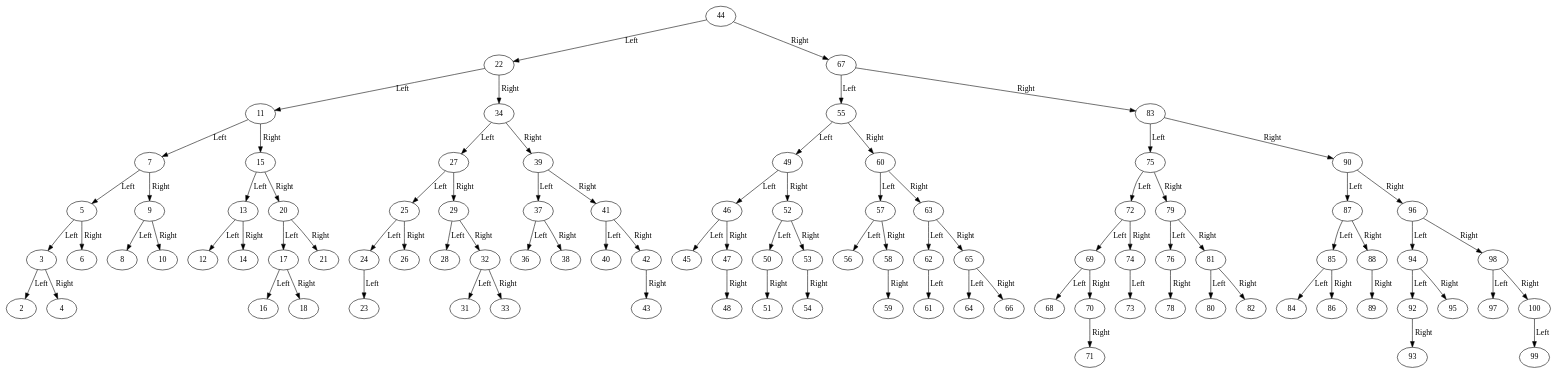
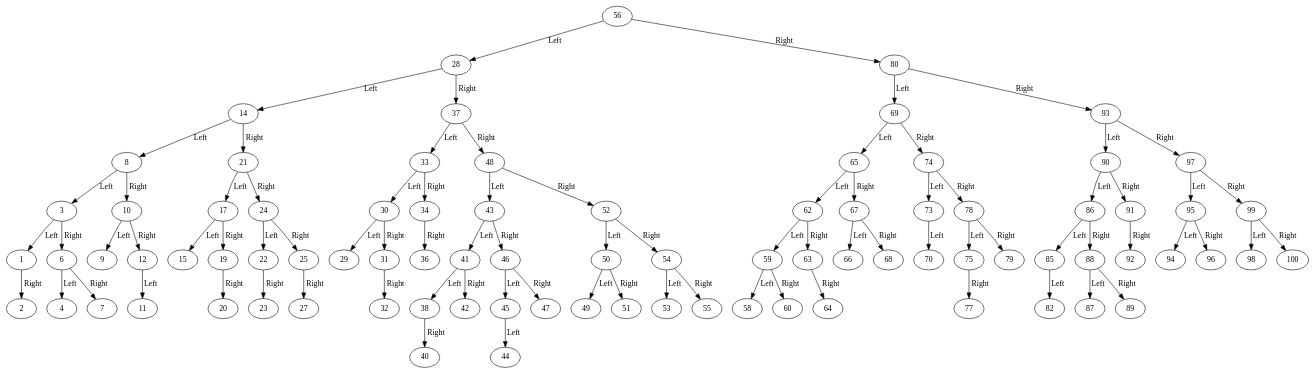
One commit to stephgrotewold/Parcial2ED changed the diagram in AVL-TREE.gv. Above: the diagram before and after it, drawn with Graphviz. The commit also changed 3 other files, not shown here.

```diff
--- a/AVL-TREE.gv
+++ b/AVL-TREE.gv
@@ -1,190 +1,172 @@
 // AVL Tree
 digraph {
-	44 [label=44]
-	44 -> 22 [label=Left]
+	56 [label=56]
+	56 -> 28 [label=Left]
+	28 [label=28]
+	28 -> 14 [label=Left]
+	14 [label=14]
+	14 -> 8 [label=Left]
+	8 [label=8]
+	8 -> 3 [label=Left]
+	3 [label=3]
+	3 -> 1 [label=Left]
+	1 [label=1]
+	1 -> 2 [label=Right]
+	2 [label=2]
+	3 -> 6 [label=Right]
+	6 [label=6]
+	6 -> 4 [label=Left]
+	4 [label=4]
+	6 -> 7 [label=Right]
+	7 [label=7]
+	8 -> 10 [label=Right]
+	10 [label=10]
+	10 -> 9 [label=Left]
+	9 [label=9]
+	10 -> 12 [label=Right]
+	12 [label=12]
+	12 -> 11 [label=Left]
+	11 [label=11]
+	14 -> 21 [label=Right]
+	21 [label=21]
+	21 -> 17 [label=Left]
+	17 [label=17]
+	17 -> 15 [label=Left]
+	15 [label=15]
+	17 -> 19 [label=Right]
+	19 [label=19]
+	19 -> 20 [label=Right]
+	20 [label=20]
+	21 -> 24 [label=Right]
+	24 [label=24]
+	24 -> 22 [label=Left]
 	22 [label=22]
-	22 -> 11 [label=Left]
-	11 [label=11]
-	11 -> 7 [label=Left]
-	7 [label=7]
-	7 -> 5 [label=Left]
-	5 [label=5]
-	5 -> 3 [label=Left]
-	3 [label=3]
-	3 -> 2 [label=Left]
-	2 [label=2]
-	3 -> 4 [label=Right]
-	4 [label=4]
-	5 -> 6 [label=Right]
-	6 [label=6]
-	7 -> 9 [label=Right]
-	9 [label=9]
-	9 -> 8 [label=Left]
-	8 [label=8]
-	9 -> 10 [label=Right]
-	10 [label=10]
-	11 -> 15 [label=Right]
-	15 [label=15]
-	15 -> 13 [label=Left]
-	13 [label=13]
-	13 -> 12 [label=Left]
-	12 [label=12]
-	13 -> 14 [label=Right]
-	14 [label=14]
-	15 -> 20 [label=Right]
-	20 [label=20]
-	20 -> 17 [label=Left]
-	17 [label=17]
-	17 -> 16 [label=Left]
-	16 [label=16]
-	17 -> 18 [label=Right]
-	18 [label=18]
-	20 -> 21 [label=Right]
-	21 [label=21]
-	22 -> 34 [label=Right]
+	22 -> 23 [label=Right]
+	23 [label=23]
+	24 -> 25 [label=Right]
+	25 [label=25]
+	25 -> 27 [label=Right]
+	27 [label=27]
+	28 -> 37 [label=Right]
+	37 [label=37]
+	37 -> 33 [label=Left]
+	33 [label=33]
+	33 -> 30 [label=Left]
+	30 [label=30]
+	30 -> 29 [label=Left]
+	29 [label=29]
+	30 -> 31 [label=Right]
+	31 [label=31]
+	31 -> 32 [label=Right]
+	32 [label=32]
+	33 -> 34 [label=Right]
 	34 [label=34]
-	34 -> 27 [label=Left]
-	27 [label=27]
-	27 -> 25 [label=Left]
-	25 [label=25]
-	25 -> 24 [label=Left]
-	24 [label=24]
-	24 -> 23 [label=Left]
-	23 [label=23]
-	25 -> 26 [label=Right]
-	26 [label=26]
-	27 -> 29 [label=Right]
-	29 [label=29]
-	29 -> 28 [label=Left]
-	28 [label=28]
-	29 -> 32 [label=Right]
-	32 [label=32]
-	32 -> 31 [label=Left]
-	31 [label=31]
-	32 -> 33 [label=Right]
-	33 [label=33]
-	34 -> 39 [label=Right]
-	39 [label=39]
-	39 -> 37 [label=Left]
-	37 [label=37]
-	37 -> 36 [label=Left]
+	34 -> 36 [label=Right]
 	36 [label=36]
-	37 -> 38 [label=Right]
+	37 -> 48 [label=Right]
+	48 [label=48]
+	48 -> 43 [label=Left]
+	43 [label=43]
+	43 -> 41 [label=Left]
+	41 [label=41]
+	41 -> 38 [label=Left]
 	38 [label=38]
-	39 -> 41 [label=Right]
-	41 [label=41]
-	41 -> 40 [label=Left]
+	38 -> 40 [label=Right]
 	40 [label=40]
 	41 -> 42 [label=Right]
 	42 [label=42]
-	42 -> 43 [label=Right]
-	43 [label=43]
-	44 -> 67 [label=Right]
-	67 [label=67]
-	67 -> 55 [label=Left]
-	55 [label=55]
-	55 -> 49 [label=Left]
-	49 [label=49]
-	49 -> 46 [label=Left]
+	43 -> 46 [label=Right]
 	46 [label=46]
 	46 -> 45 [label=Left]
 	45 [label=45]
+	45 -> 44 [label=Left]
+	44 [label=44]
 	46 -> 47 [label=Right]
 	47 [label=47]
-	47 -> 48 [label=Right]
-	48 [label=48]
-	49 -> 52 [label=Right]
+	48 -> 52 [label=Right]
 	52 [label=52]
 	52 -> 50 [label=Left]
 	50 [label=50]
+	50 -> 49 [label=Left]
+	49 [label=49]
 	50 -> 51 [label=Right]
 	51 [label=51]
-	52 -> 53 [label=Right]
+	52 -> 54 [label=Right]
+	54 [label=54]
+	54 -> 53 [label=Left]
 	53 [label=53]
-	53 -> 54 [label=Right]
-	54 [label=54]
-	55 -> 60 [label=Right]
+	54 -> 55 [label=Right]
+	55 [label=55]
+	56 -> 80 [label=Right]
+	80 [label=80]
+	80 -> 69 [label=Left]
+	69 [label=69]
+	69 -> 65 [label=Left]
+	65 [label=65]
+	65 -> 62 [label=Left]
+	62 [label=62]
+	62 -> 59 [label=Left]
+	59 [label=59]
+	59 -> 58 [label=Left]
+	58 [label=58]
+	59 -> 60 [label=Right]
 	60 [label=60]
-	60 -> 57 [label=Left]
-	57 [label=57]
-	57 -> 56 [label=Left]
-	56 [label=56]
-	57 -> 58 [label=Right]
-	58 [label=58]
-	58 -> 59 [label=Right]
-	59 [label=59]
-	60 -> 63 [label=Right]
+	62 -> 63 [label=Right]
 	63 [label=63]
-	63 -> 62 [label=Left]
-	62 [label=62]
-	62 -> 61 [label=Left]
-	61 [label=61]
-	63 -> 65 [label=Right]
-	65 [label=65]
-	65 -> 64 [label=Left]
+	63 -> 64 [label=Right]
 	64 [label=64]
-	65 -> 66 [label=Right]
+	65 -> 67 [label=Right]
+	67 [label=67]
+	67 -> 66 [label=Left]
 	66 [label=66]
-	67 -> 83 [label=Right]
-	83 [label=83]
-	83 -> 75 [label=Left]
-	75 [label=75]
-	75 -> 72 [label=Left]
-	72 [label=72]
-	72 -> 69 [label=Left]
-	69 [label=69]
-	69 -> 68 [label=Left]
+	67 -> 68 [label=Right]
 	68 [label=68]
-	69 -> 70 [label=Right]
-	70 [label=70]
-	70 -> 71 [label=Right]
-	71 [label=71]
-	72 -> 74 [label=Right]
+	69 -> 74 [label=Right]
 	74 [label=74]
 	74 -> 73 [label=Left]
 	73 [label=73]
-	75 -> 79 [label=Right]
+	73 -> 70 [label=Left]
+	70 [label=70]
+	74 -> 78 [label=Right]
+	78 [label=78]
+	78 -> 75 [label=Left]
+	75 [label=75]
+	75 -> 77 [label=Right]
+	77 [label=77]
+	78 -> 79 [label=Right]
 	79 [label=79]
-	79 -> 76 [label=Left]
-	76 [label=76]
-	76 -> 78 [label=Right]
-	78 [label=78]
-	79 -> 81 [label=Right]
-	81 [label=81]
-	81 -> 80 [label=Left]
-	80 [label=80]
-	81 -> 82 [label=Right]
+	80 -> 93 [label=Right]
+	93 [label=93]
+	93 -> 90 [label=Left]
+	90 [label=90]
+	90 -> 86 [label=Left]
+	86 [label=86]
+	86 -> 85 [label=Left]
+	85 [label=85]
+	85 -> 82 [label=Left]
 	82 [label=82]
-	83 -> 90 [label=Right]
-	90 [label=90]
-	90 -> 87 [label=Left]
+	86 -> 88 [label=Right]
+	88 [label=88]
+	88 -> 87 [label=Left]
 	87 [label=87]
-	87 -> 85 [label=Left]
-	85 [label=85]
-	85 -> 84 [label=Left]
-	84 [label=84]
-	85 -> 86 [label=Right]
-	86 [label=86]
-	87 -> 88 [label=Right]
-	88 [label=88]
 	88 -> 89 [label=Right]
 	89 [label=89]
-	90 -> 96 [label=Right]
+	90 -> 91 [label=Right]
+	91 [label=91]
+	91 -> 92 [label=Right]
+	92 [label=92]
+	93 -> 97 [label=Right]
+	97 [label=97]
+	97 -> 95 [label=Left]
+	95 [label=95]
+	95 -> 94 [label=Left]
+	94 [label=94]
+	95 -> 96 [label=Right]
 	96 [label=96]
-	96 -> 94 [label=Left]
-	94 [label=94]
-	94 -> 92 [label=Left]
-	92 [label=92]
-	92 -> 93 [label=Right]
-	93 [label=93]
-	94 -> 95 [label=Right]
-	95 [label=95]
-	96 -> 98 [label=Right]
+	97 -> 99 [label=Right]
+	99 [label=99]
+	99 -> 98 [label=Left]
 	98 [label=98]
-	98 -> 97 [label=Left]
-	97 [label=97]
-	98 -> 100 [label=Right]
+	99 -> 100 [label=Right]
 	100 [label=100]
-	100 -> 99 [label=Left]
-	99 [label=99]
 }
```
